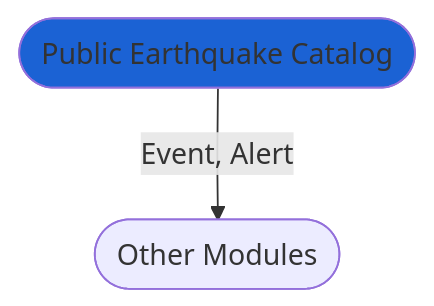
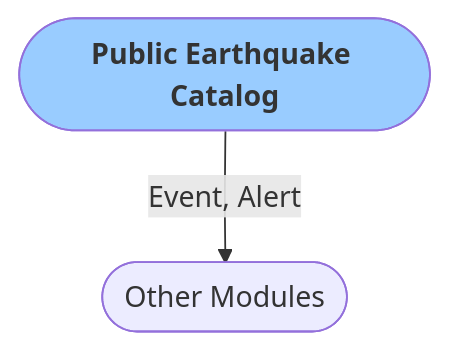
One commit to grillo/grillo-docs changed the diagram in docs/grillo-console/modules/technical_computing/public_catalogue.md. Above: the diagram before and after it, drawn with Mermaid. The commit also changed 38 other files, not shown here.

````diff
--- a/docs/grillo-console/modules/technical_computing/public_catalogue.md
+++ b/docs/grillo-console/modules/technical_computing/public_catalogue.md
@@ -9,5 +9,5 @@
 ```mermaid
 flowchart TB
-   B([Public Earthquake Catalog])-->|Event, Alert| C([Other Modules])
-   style B fill:#1b62d4
+   B([<font color=333333><b>Public Earthquake Catalog</b>])-->|Event, Alert| C([Other Modules])
+   style B fill:#99CCFF
 ```
````
